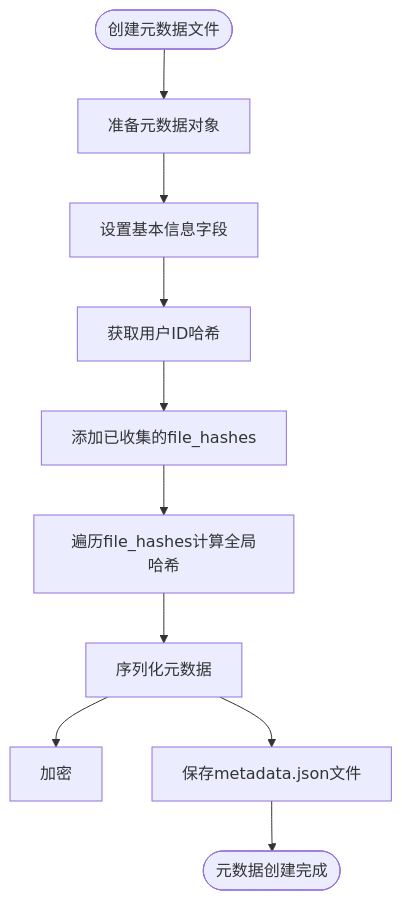
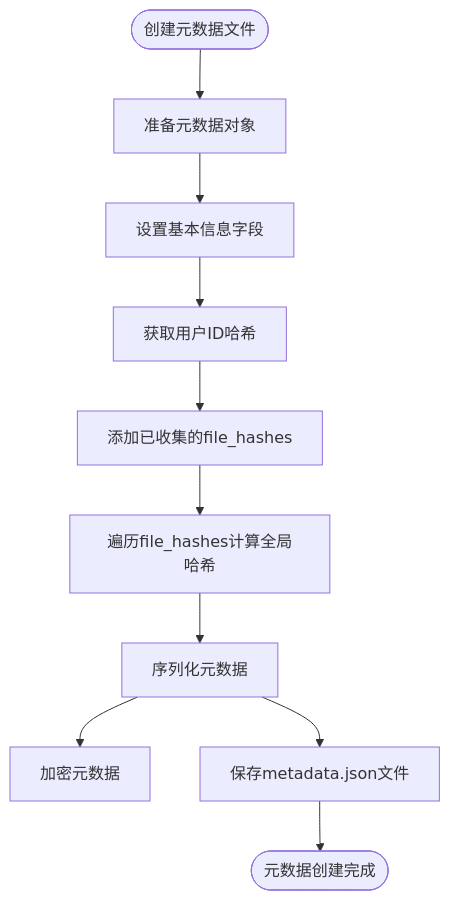
Before and after one commit to yingjianzh/iodraw-files: the diagram in all/未命名-56.md, drawn with Mermaid.

Commit message:
2025-05-12 14:59:43 update

````diff
--- a/all/未命名-56.md
+++ b/all/未命名-56.md
@@ -1,19 +1,19 @@
 ```mermaid
 
 flowchart TD
     Start([创建元数据文件]) --> PrepareMetadataObj[准备元数据对象]
     PrepareMetadataObj --> SetBasicInfo[设置基本信息字段]
     SetBasicInfo --> GetUserIDHash[获取用户ID哈希]
     
     GetUserIDHash --> AddFileHashes[添加已收集的file_hashes]
     AddFileHashes --> CalculateGlobalHash[遍历file_hashes计算全局哈希]
     
     CalculateGlobalHash --> SerializeMetadata[序列化元数据]
     
-    SerializeMetadata -->  encryption[加密]
+    SerializeMetadata -->  Encryption[加密元数据]
 
     SerializeMetadata --> SaveMetadataFile[保存metadata.json文件]
     
     SaveMetadataFile --> End([元数据创建完成])
 
 ```
````
